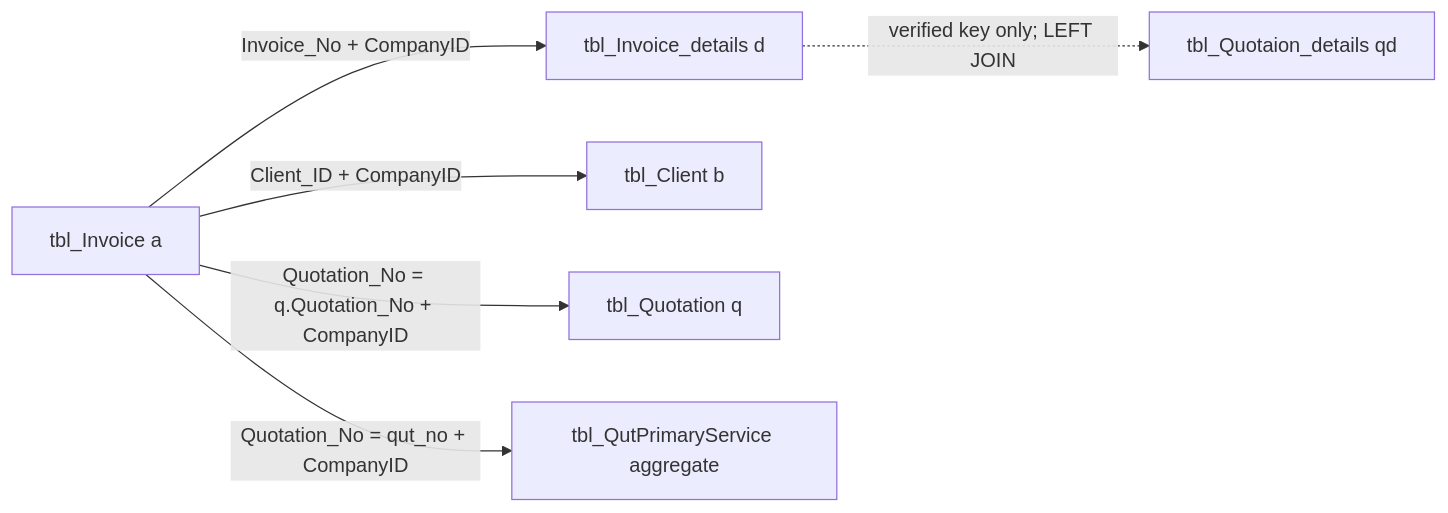
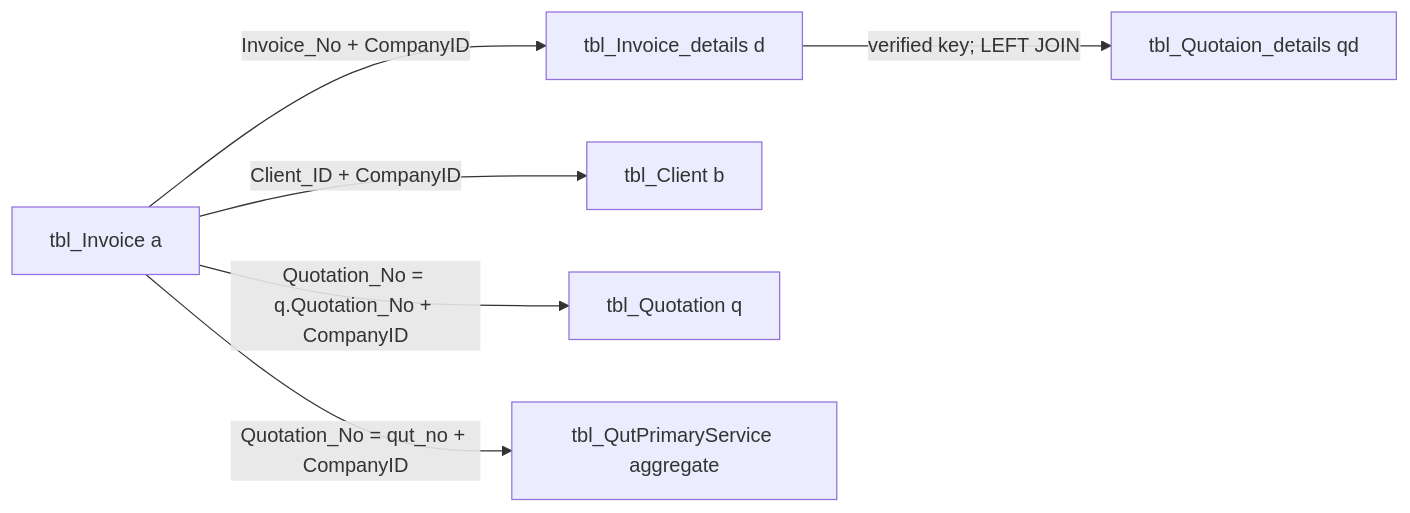
The third of 3 diagrams in docs/invoice_insert_data_lineage.md (Aminrup-Technologies/Bill_Software), drawn with Mermaid before and after one commit. The commit also changed other lines of this file and 3 other files, not shown here.

````diff
--- a/docs/invoice_insert_data_lineage.md
+++ b/docs/invoice_insert_data_lineage.md
@@ -447,15 +447,15 @@
 ```mermaid
 flowchart LR
     INV[tbl_Invoice a]
     DET[tbl_Invoice_details d]
     CLI[tbl_Client b]
     QH[tbl_Quotation q]
     PS[tbl_QutPrimaryService aggregate]
     QD[tbl_Quotaion_details qd]
 
     INV -->|Invoice_No + CompanyID| DET
     INV -->|Client_ID + CompanyID| CLI
     INV -->|Quotation_No = q.Quotation_No + CompanyID| QH
     INV -->|Quotation_No = qut_no + CompanyID| PS
-    DET -.->|verified key only; LEFT JOIN| QD
+    DET -->|verified key; LEFT JOIN| QD
 ```
````
